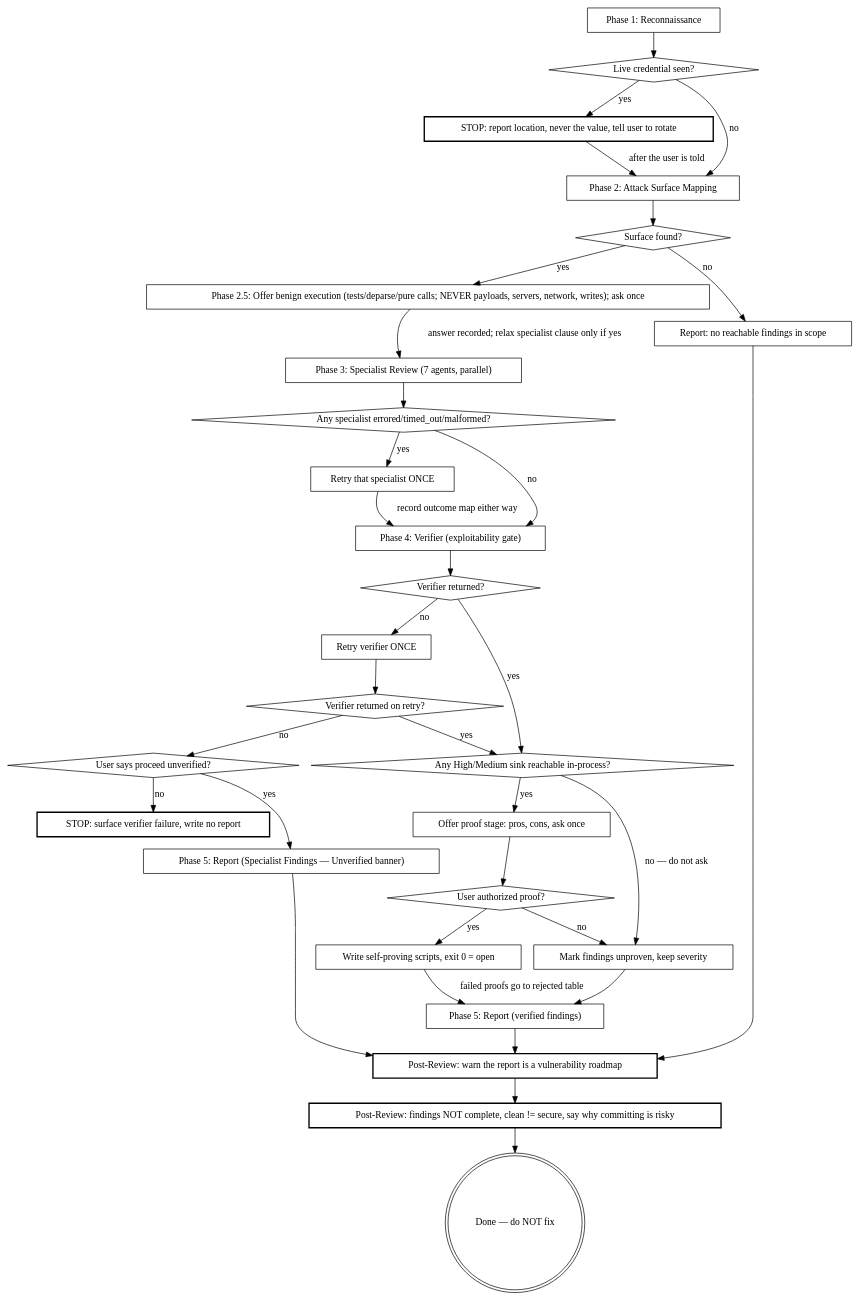
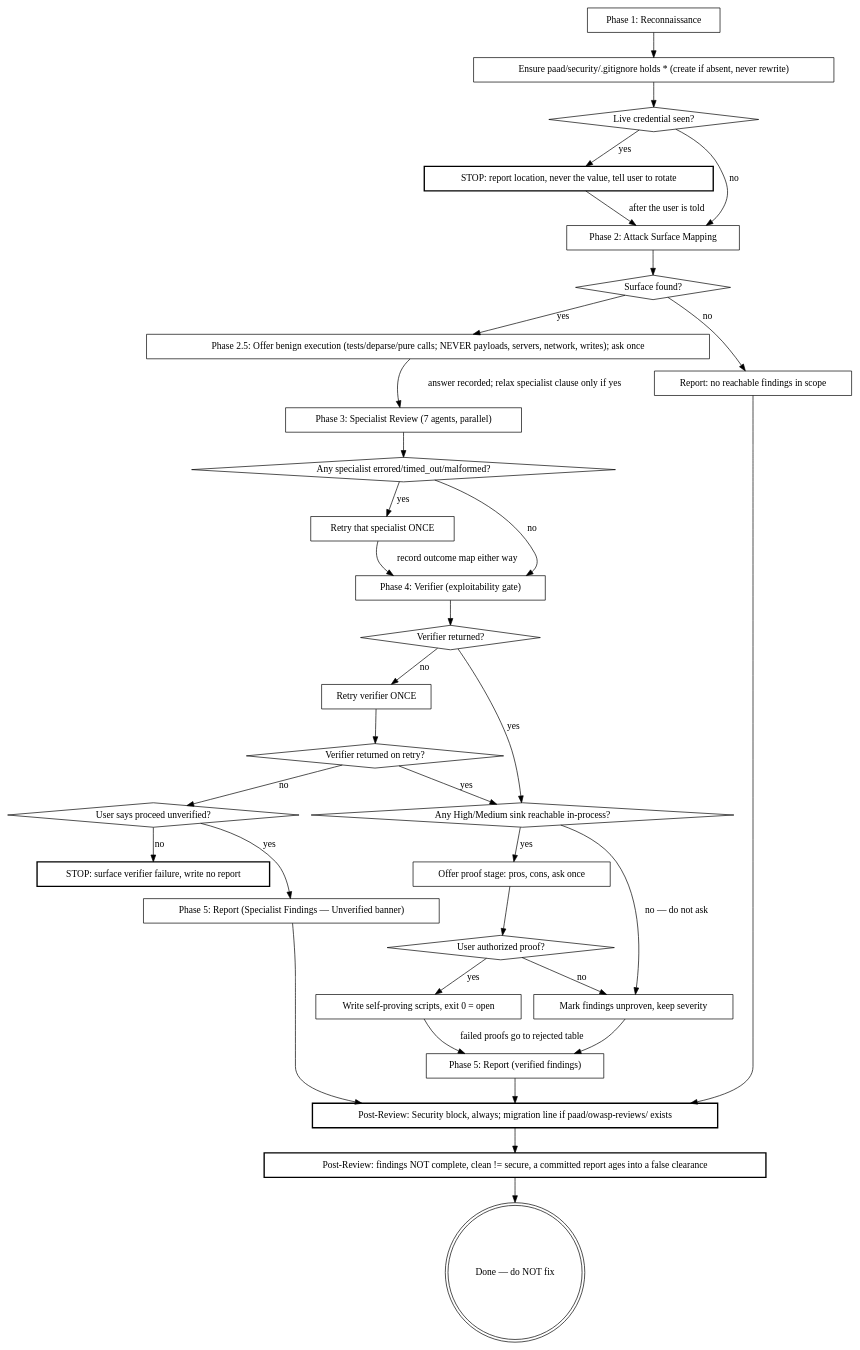
The second of 3 diagrams in preview/paad/skills/agentic-owasp/SKILL.md (Ovid/paad), drawn with Graphviz before and after one commit. The commit also changed other lines of this file, not shown here.

First line of the commit message:
agentic-owasp: write reports, index and proofs under paad/security/

````diff
--- a/preview/paad/skills/agentic-owasp/SKILL.md
+++ b/preview/paad/skills/agentic-owasp/SKILL.md
@@ -99,63 +99,65 @@
 ```dot
 digraph session {
   "Phase 1: Reconnaissance" [shape=box];
+  "Ensure paad/security/.gitignore holds * (create if absent, never rewrite)" [shape=box];
   "Live credential seen?" [shape=diamond];
   "STOP: report location, never the value, tell user to rotate" [shape=box, style=bold];
   "Phase 2: Attack Surface Mapping" [shape=box];
   "Surface found?" [shape=diamond];
   "Phase 3: Specialist Review (7 agents, parallel)" [shape=box];
   "Any specialist errored/timed_out/malformed?" [shape=diamond];
   "Retry that specialist ONCE" [shape=box];
   "Phase 4: Verifier (exploitability gate)" [shape=box];
   "Verifier returned?" [shape=diamond];
   "Retry verifier ONCE" [shape=box];
   "Verifier returned on retry?" [shape=diamond];
   "User says proceed unverified?" [shape=diamond];
   "STOP: surface verifier failure, write no report" [shape=box, style=bold];
   "Phase 2.5: Offer benign execution (tests/deparse/pure calls; NEVER payloads, servers, network, writes); ask once" [shape=box];
   "Any High/Medium sink reachable in-process?" [shape=diamond];
   "Offer proof stage: pros, cons, ask once" [shape=box];
   "User authorized proof?" [shape=diamond];
   "Write self-proving scripts, exit 0 = open" [shape=box];
   "Mark findings unproven, keep severity" [shape=box];
   "Phase 5: Report (verified findings)" [shape=box];
   "Phase 5: Report (Specialist Findings — Unverified banner)" [shape=box];
   "Report: no reachable findings in scope" [shape=box];
-  "Post-Review: warn the report is a vulnerability roadmap" [shape=box, style=bold];
-  "Post-Review: findings NOT complete, clean != secure, say why committing is risky" [shape=box, style=bold];
+  "Post-Review: Security block, always; migration line if paad/owasp-reviews/ exists" [shape=box, style=bold];
+  "Post-Review: findings NOT complete, clean != secure, a committed report ages into a false clearance" [shape=box, style=bold];
   "Done — do NOT fix" [shape=doublecircle];
 
-  "Phase 1: Reconnaissance" -> "Live credential seen?";
+  "Phase 1: Reconnaissance" -> "Ensure paad/security/.gitignore holds * (create if absent, never rewrite)";
+  "Ensure paad/security/.gitignore holds * (create if absent, never rewrite)" -> "Live credential seen?";
   "Live credential seen?" -> "STOP: report location, never the value, tell user to rotate" [label="yes"];
   "STOP: report location, never the value, tell user to rotate" -> "Phase 2: Attack Surface Mapping" [label="after the user is told"];
   "Live credential seen?" -> "Phase 2: Attack Surface Mapping" [label="no"];
   "Phase 2: Attack Surface Mapping" -> "Surface found?";
   "Surface found?" -> "Report: no reachable findings in scope" [label="no"];
   "Surface found?" -> "Phase 2.5: Offer benign execution (tests/deparse/pure calls; NEVER payloads, servers, network, writes); ask once" [label="yes"];
   "Phase 2.5: Offer benign execution (tests/deparse/pure calls; NEVER payloads, servers, network, writes); ask once" -> "Phase 3: Specialist Review (7 agents, parallel)" [label="answer recorded; relax specialist clause only if yes"];
   "Phase 3: Specialist Review (7 agents, parallel)" -> "Any specialist errored/timed_out/malformed?";
   "Any specialist errored/timed_out/malformed?" -> "Retry that specialist ONCE" [label="yes"];
   "Retry that specialist ONCE" -> "Phase 4: Verifier (exploitability gate)" [label="record outcome map either way"];
   "Any specialist errored/timed_out/malformed?" -> "Phase 4: Verifier (exploitability gate)" [label="no"];
   "Phase 4: Verifier (exploitability gate)" -> "Verifier returned?";
   "Verifier returned?" -> "Any High/Medium sink reachable in-process?" [label="yes"];
   "Verifier returned?" -> "Retry verifier ONCE" [label="no"];
   "Retry verifier ONCE" -> "Verifier returned on retry?";
   "Verifier returned on retry?" -> "Any High/Medium sink reachable in-process?" [label="yes"];
   "Verifier returned on retry?" -> "User says proceed unverified?" [label="no"];
   "User says proceed unverified?" -> "Phase 5: Report (Specialist Findings — Unverified banner)" [label="yes"];
   "User says proceed unverified?" -> "STOP: surface verifier failure, write no report" [label="no"];
   "Any High/Medium sink reachable in-process?" -> "Offer proof stage: pros, cons, ask once" [label="yes"];
   "Any High/Medium sink reachable in-process?" -> "Mark findings unproven, keep severity" [label="no — do not ask"];
   "Offer proof stage: pros, cons, ask once" -> "User authorized proof?";
   "User authorized proof?" -> "Write self-proving scripts, exit 0 = open" [label="yes"];
   "User authorized proof?" -> "Mark findings unproven, keep severity" [label="no"];
   "Write self-proving scripts, exit 0 = open" -> "Phase 5: Report (verified findings)" [label="failed proofs go to rejected table"];
   "Mark findings unproven, keep severity" -> "Phase 5: Report (verified findings)";
-  "Report: no reachable findings in scope" -> "Post-Review: warn the report is a vulnerability roadmap";
-  "Phase 5: Report (verified findings)" -> "Post-Review: warn the report is a vulnerability roadmap";
-  "Phase 5: Report (Specialist Findings — Unverified banner)" -> "Post-Review: warn the report is a vulnerability roadmap";
-  "Post-Review: warn the report is a vulnerability roadmap" -> "Post-Review: findings NOT complete, clean != secure, say why committing is risky";
-  "Post-Review: findings NOT complete, clean != secure, say why committing is risky" -> "Done — do NOT fix";
+  "Report: no reachable findings in scope" -> "Post-Review: Security block, always; migration line if paad/owasp-reviews/ exists";
+  "Phase 5: Report (verified findings)" -> "Post-Review: Security block, always; migration line if paad/owasp-reviews/ exists";
+  "Phase 5: Report (Specialist Findings — Unverified banner)" -> "Post-Review: Security block, always; migration line if paad/owasp-reviews/ exists";
+  "Post-Review: Security block, always; migration line if paad/owasp-reviews/ exists" -> "Post-Review: findings NOT complete, clean != secure, a committed report ages into a false clearance";
+  "Post-Review: findings NOT complete, clean != secure, a committed report ages into a false clearance" -> "Done — do NOT fix";
 }
 ```
````
